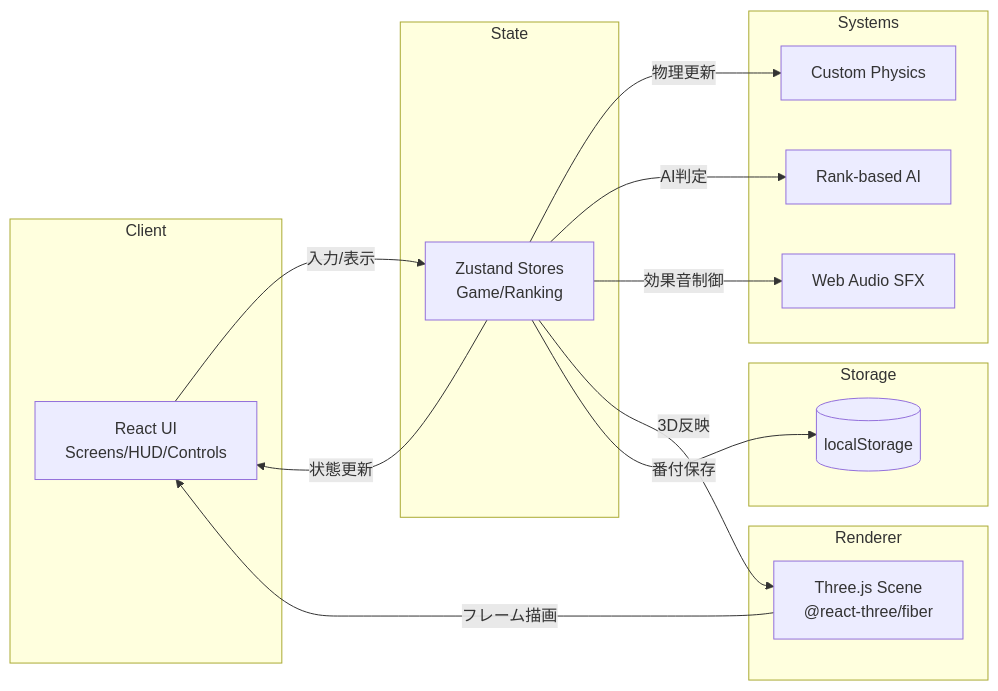
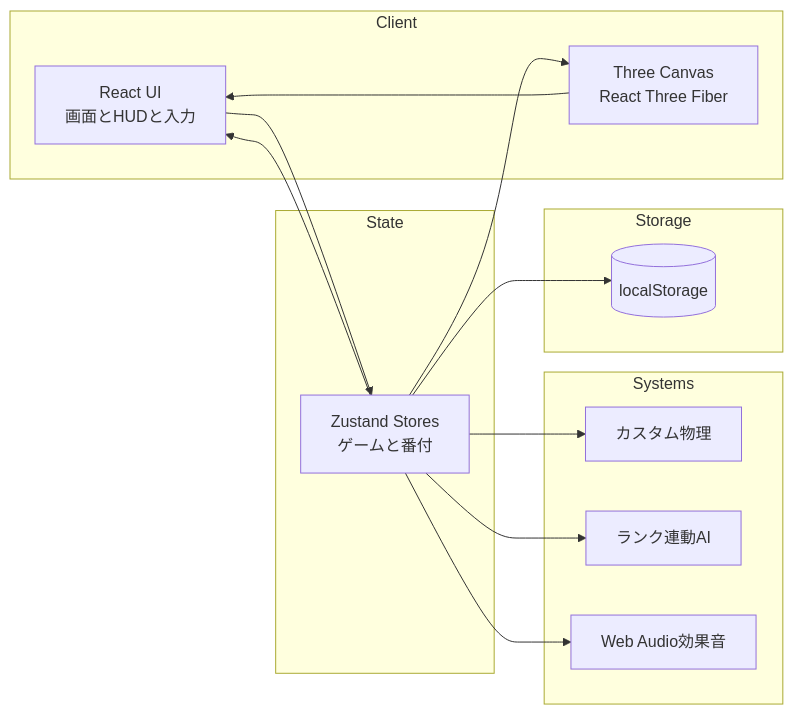
Before and after one commit to usagi917/sumo_game: the second of 2 diagrams in README.md, drawn with Mermaid. The commit also changed other lines of this file and 2 other files, not shown here.

````diff
--- a/README.md
+++ b/README.md
@@ -230,29 +84,27 @@
 ```mermaid
-flowchart LR
+graph LR
   subgraph Client
-    UI[React UI\nScreens/HUD/Controls]
+    UI[React UI<br/>画面とHUDと入力]
+    Scene[Three Canvas<br/>React Three Fiber]
   end
   subgraph State
-    Store[Zustand Stores\nGame/Ranking]
+    Store[Zustand Stores<br/>ゲームと番付]
   end
   subgraph Systems
-    Physics[Custom Physics]
-    AI[Rank-based AI]
-    Audio[Web Audio SFX]
-  end
-  subgraph Renderer
-    R3F[Three.js Scene\n@react-three/fiber]
+    Physics[カスタム物理]
+    AI[ランク連動AI]
+    Audio[Web Audio効果音]
   end
   subgraph Storage
     LS[(localStorage)]
   end
 
-  UI -->|入力/表示| Store
-  Store -->|状態更新| UI
-  Store -->|物理更新| Physics
-  Store -->|AI判定| AI
-  Store -->|効果音制御| Audio
-  Store -->|3D反映| R3F
-  R3F -->|フレーム描画| UI
-  Store -->|番付保存| LS
+  UI --> Store
+  Store --> UI
+  Store --> Physics
+  Store --> AI
+  Store --> Audio
+  Store --> Scene
+  Scene --> UI
+  Store --> LS
 ```
````
